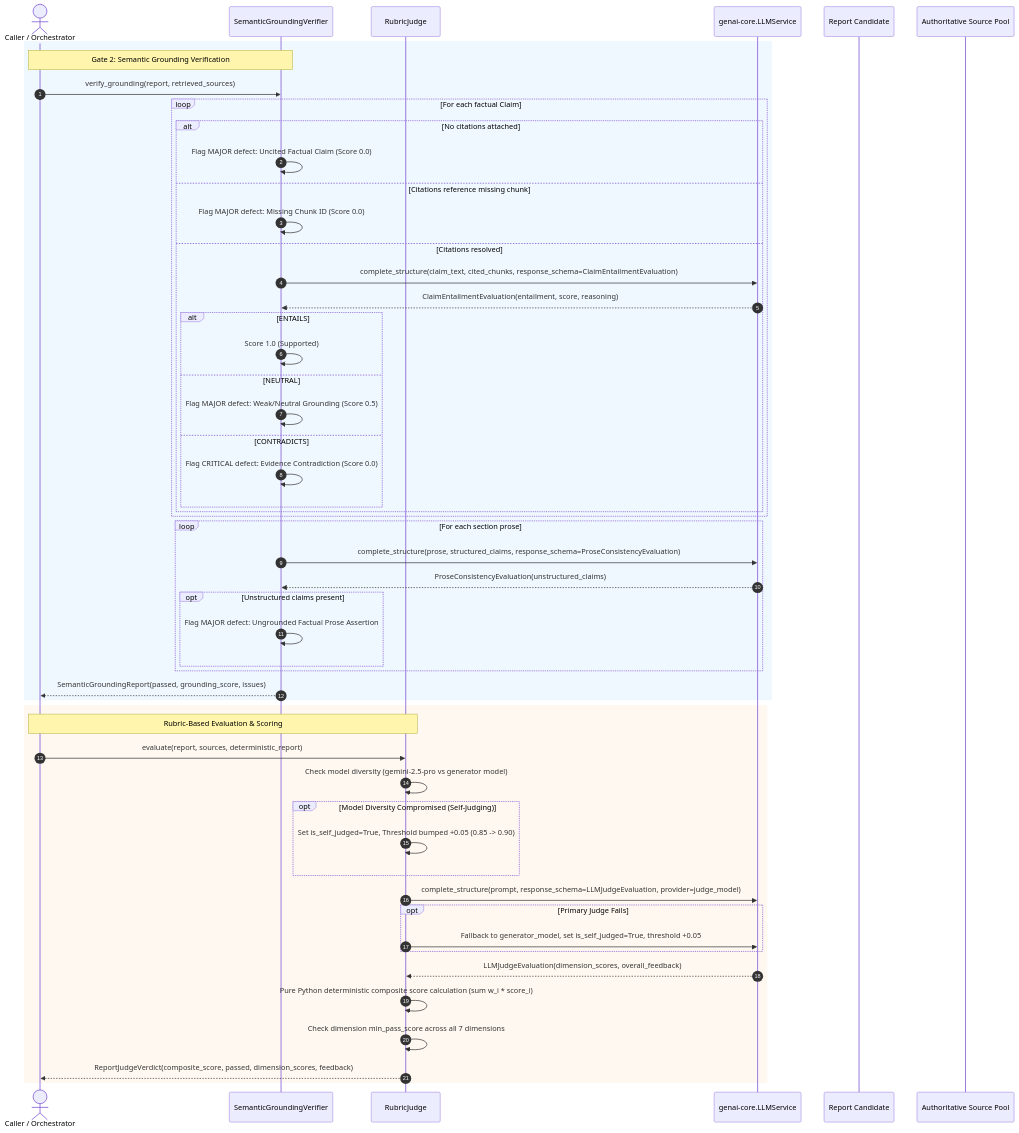
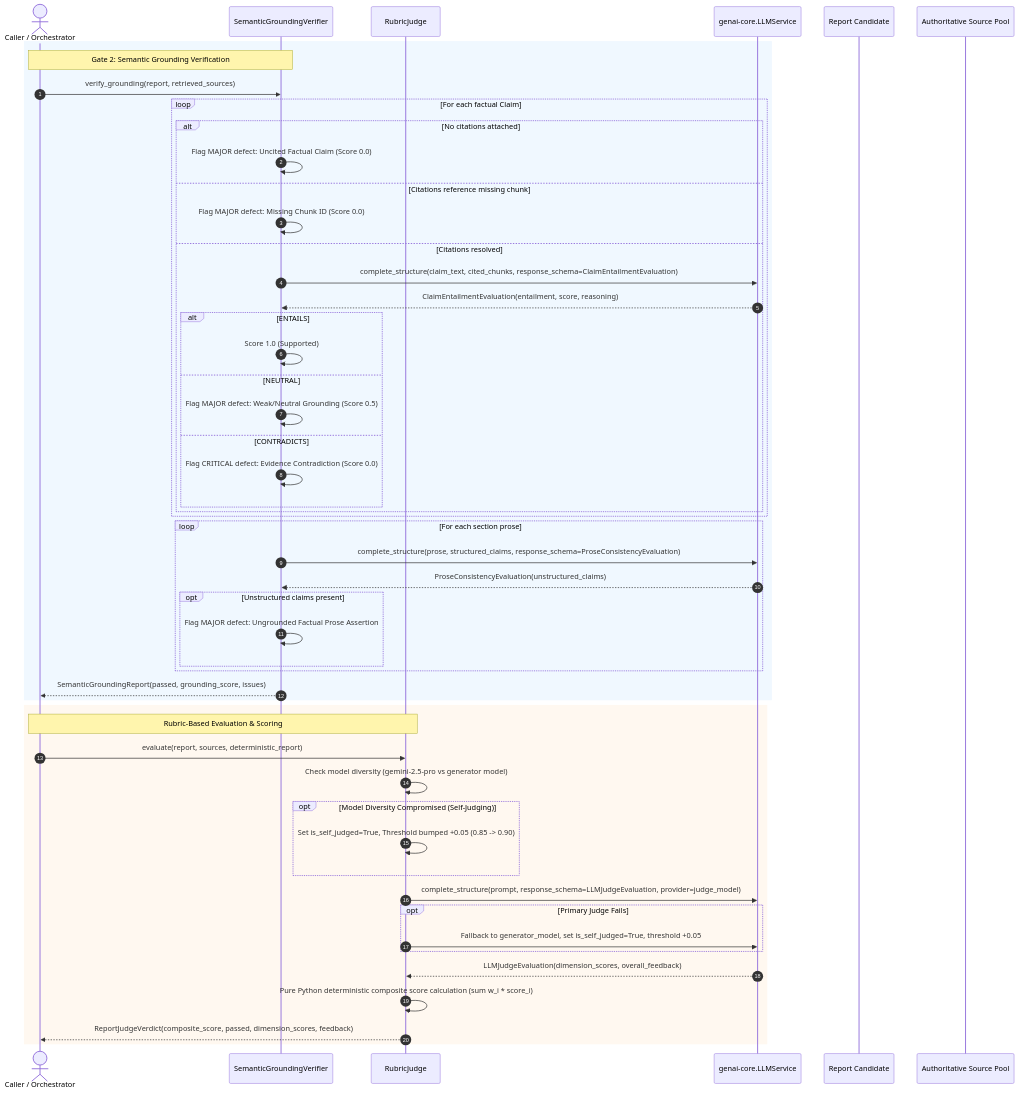
Before and after one commit to harshilkatharva/genai-engineer-journey: the fourth of 5 diagrams in module-19-reflection/docs/FLOW.md, drawn with Mermaid. The commit also changed other lines of this file and 8 other files, not shown here.

````diff
--- a/module-19-reflection/docs/FLOW.md
+++ b/module-19-reflection/docs/FLOW.md
@@ -167,57 +178,56 @@
 ```mermaid
 sequenceDiagram
     autonumber
     actor Caller as Caller / Orchestrator
     participant G2 as SemanticGroundingVerifier
     participant Judge as RubricJudge
     participant LLM as genai-core.LLMService
     participant Report as Report Candidate
     participant Sources as Authoritative Source Pool
 
     rect rgb(240, 248, 255)
     Note over Caller,G2: Gate 2: Semantic Grounding Verification
     Caller->>G2: verify_grounding(report, retrieved_sources)
     loop For each factual Claim
         alt No citations attached
             G2->>G2: Flag MAJOR defect: Uncited Factual Claim (Score 0.0)
         else Citations reference missing chunk
             G2->>G2: Flag MAJOR defect: Missing Chunk ID (Score 0.0)
         else Citations resolved
             G2->>LLM: complete_structure(claim_text, cited_chunks, response_schema=ClaimEntailmentEvaluation)
             LLM-->>G2: ClaimEntailmentEvaluation(entailment, score, reasoning)
             alt ENTAILS
                 G2->>G2: Score 1.0 (Supported)
             else NEUTRAL
                 G2->>G2: Flag MAJOR defect: Weak/Neutral Grounding (Score 0.5)
             else CONTRADICTS
                 G2->>G2: Flag CRITICAL defect: Evidence Contradiction (Score 0.0)
             end
         end
     end
     loop For each section prose
         G2->>LLM: complete_structure(prose, structured_claims, response_schema=ProseConsistencyEvaluation)
         LLM-->>G2: ProseConsistencyEvaluation(unstructured_claims)
         opt Unstructured claims present
             G2->>G2: Flag MAJOR defect: Ungrounded Factual Prose Assertion
         end
     end
     G2-->>Caller: SemanticGroundingReport(passed, grounding_score, issues)
     end
 
     rect rgb(255, 248, 240)
     Note over Caller,Judge: Rubric-Based Evaluation & Scoring
     Caller->>Judge: evaluate(report, sources, deterministic_report)
     Judge->>Judge: Check model diversity (gemini-2.5-pro vs generator model)
     opt Model Diversity Compromised (Self-Judging)
         Judge->>Judge: Set is_self_judged=True, Threshold bumped +0.05 (0.85 -> 0.90)
     end
     Judge->>LLM: complete_structure(prompt, response_schema=LLMJudgeEvaluation, provider=judge_model)
     opt Primary Judge Fails
         Judge->>LLM: Fallback to generator_model, set is_self_judged=True, threshold +0.05
     end
     LLM-->>Judge: LLMJudgeEvaluation(dimension_scores, overall_feedback)
     Judge->>Judge: Pure Python deterministic composite score calculation (sum w_i * score_i)
-    Judge->>Judge: Check dimension min_pass_score across all 7 dimensions
     Judge-->>Caller: ReportJudgeVerdict(composite_score, passed, dimension_scores, feedback)
     end
 ```
````
